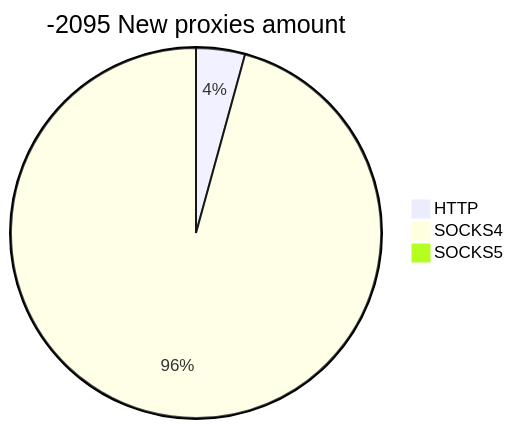
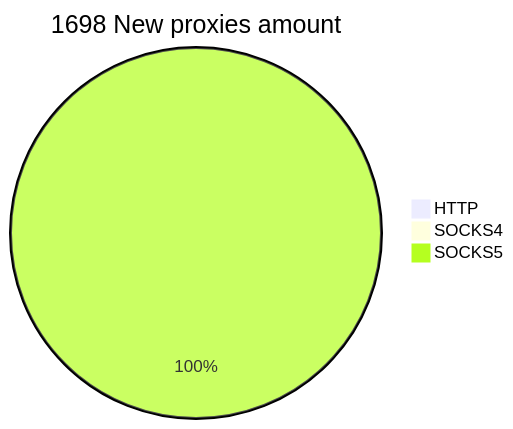
One commit to cutipu/proxylist changed the second of 2 diagrams in README.md. Above: the diagram before and after it, drawn with Mermaid. The commit also changed other lines of this file, not shown here.

````diff
--- a/README.md
+++ b/README.md
@@ -10,6 +10,6 @@
 ```mermaid
-pie title -2095 New proxies amount
-    "HTTP" : 30
-    "SOCKS4" : 673
-    "SOCKS5" : 0
+pie title 1698 New proxies amount
+    "HTTP" : 0
+    "SOCKS4" : 0
+    "SOCKS5" : 1698
 ```
````
